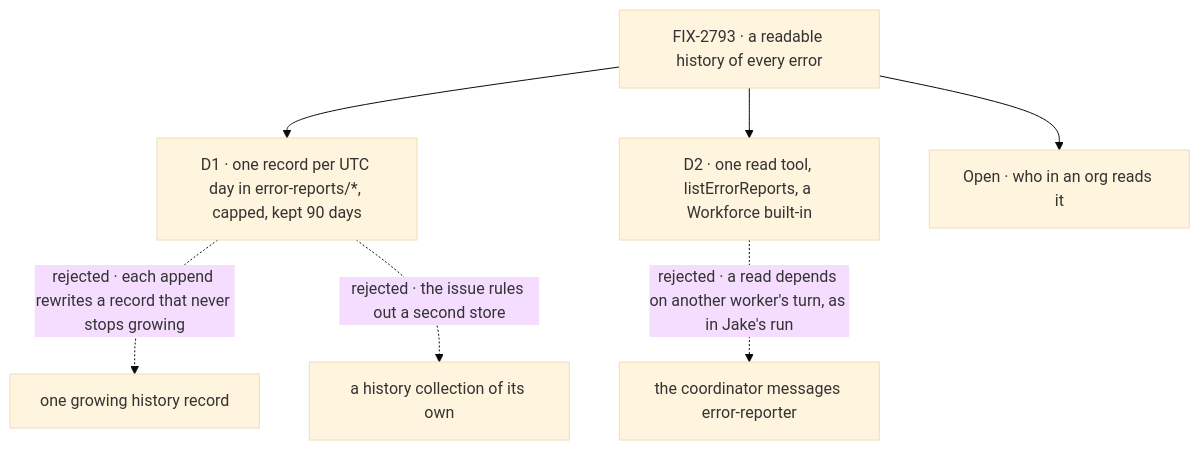
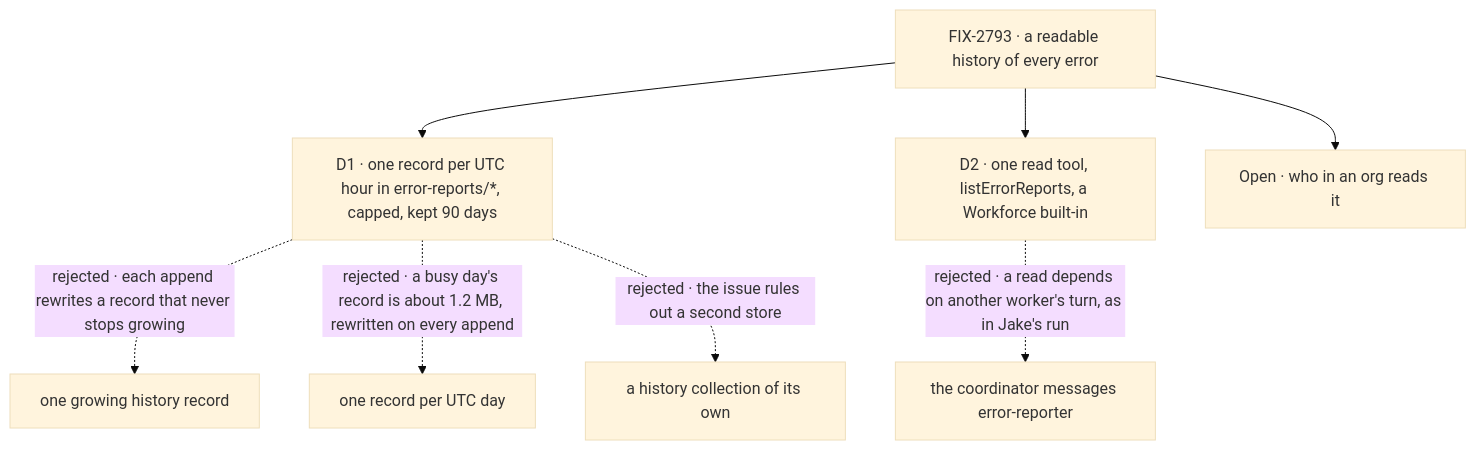
The diagram in specs/issues/FIX-2793/DECISIONS.md (fixpoint-labs/flow-state-dev), drawn with Mermaid (base theme) before and after one commit. The commit also changed other lines of this file and 3 other files, not shown here.

````diff
--- a/specs/issues/FIX-2793/DECISIONS.md
+++ b/specs/issues/FIX-2793/DECISIONS.md
@@ -12,9 +12,10 @@
 ```mermaid
 flowchart TD
-  I["FIX-2793 · a readable history of every error"] --> D1["D1 · one record per UTC day in error-reports/*, capped, kept 90 days"]
+  I["FIX-2793 · a readable history of every error"] --> D1["D1 · one record per UTC hour in error-reports/*, capped, kept 90 days"]
   D1 -.->|"rejected · each append rewrites a record that never stops growing"| X1["one growing history record"]
+  D1 -.->|"rejected · a busy day's record is about 1.2 MB, rewritten on every append"| X1c["one record per UTC day"]
   D1 -.->|"rejected · the issue rules out a second store"| X1b["a history collection of its own"]
   I --> D2["D2 · one read tool, listErrorReports, a Workforce built-in"]
   D2 -.->|"rejected · a read depends on another worker's turn, as in Jake's run"| X2["the coordinator messages error-reporter"]
   I --> O1["Open · who in an org reads it"]
 ```
````
